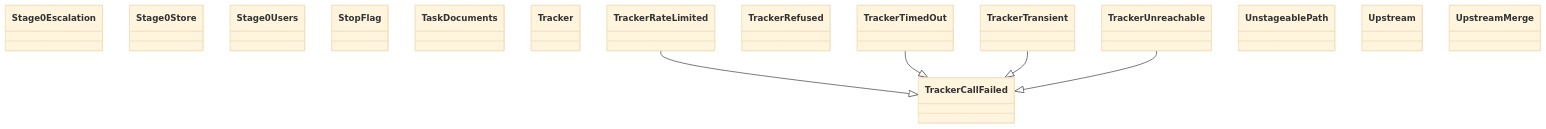
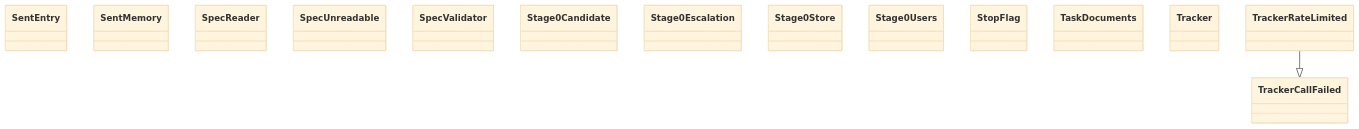
Before and after one commit to GonzaloZevallos/agentic-system: the diagram in docs/architecture/generated/classes-process-application-support-6.md, drawn with Mermaid (base theme). The commit also changed other lines of this file and 28 other files, not shown here.

````diff
--- a/docs/architecture/generated/classes-process-application-support-6.md
+++ b/docs/architecture/generated/classes-process-application-support-6.md
@@ -19,22 +20,18 @@
 ```mermaid
 classDiagram
+    class ports__SentEntry["SentEntry"]
+    class ports__SentMemory["SentMemory"]
+    class ports__SpecReader["SpecReader"]
+    class ports__SpecUnreadable["SpecUnreadable"]
+    class ports__SpecValidator["SpecValidator"]
+    class ports__Stage0Candidate["Stage0Candidate"]
     class ports__Stage0Escalation["Stage0Escalation"]
     class ports__Stage0Store["Stage0Store"]
     class ports__Stage0Users["Stage0Users"]
     class ports__StopFlag["StopFlag"]
     class ports__TaskDocuments["TaskDocuments"]
     class ports__Tracker["Tracker"]
     class ports__TrackerCallFailed["TrackerCallFailed"]
     class ports__TrackerRateLimited["TrackerRateLimited"]
-    class ports__TrackerRefused["TrackerRefused"]
-    class ports__TrackerTimedOut["TrackerTimedOut"]
-    class ports__TrackerTransient["TrackerTransient"]
-    class ports__TrackerUnreachable["TrackerUnreachable"]
-    class ports__UnstageablePath["UnstageablePath"]
-    class ports__Upstream["Upstream"]
-    class ports__UpstreamMerge["UpstreamMerge"]
     ports__TrackerRateLimited --|> ports__TrackerCallFailed
-    ports__TrackerTimedOut --|> ports__TrackerCallFailed
-    ports__TrackerTransient --|> ports__TrackerCallFailed
-    ports__TrackerUnreachable --|> ports__TrackerCallFailed
 ```
````
